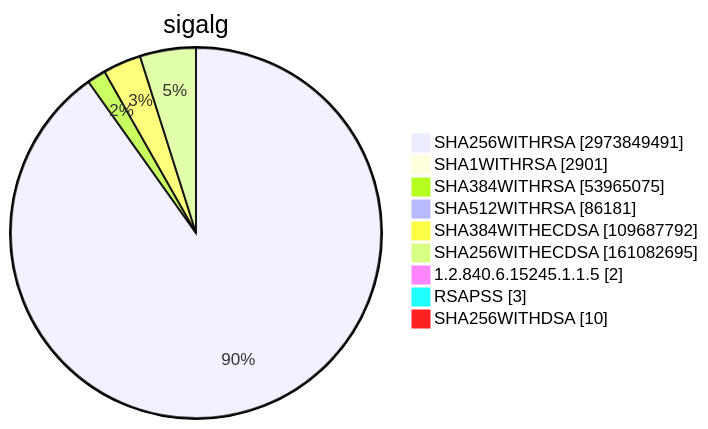
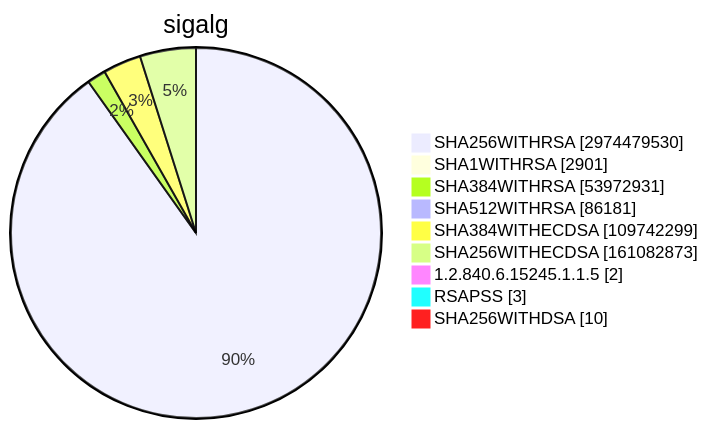
One commit to christiankrug/ctmonitor_visualization changed diagram 15 of 15 in TOTAL/README.md. Above: the diagram before and after it, drawn with Mermaid. The commit also changed other lines of this file, not shown here.

````diff
--- a/TOTAL/README.md
+++ b/TOTAL/README.md
@@ -6208,13 +6208,13 @@
 ```mermaid
 pie showData
 title sigalg
-"SHA256WITHRSA" :2973849491
+"SHA256WITHRSA" :2974479530
 "SHA1WITHRSA" :2901
-"SHA384WITHRSA" :53965075
+"SHA384WITHRSA" :53972931
 "SHA512WITHRSA" :86181
-"SHA384WITHECDSA" :109687792
-"SHA256WITHECDSA" :161082695
+"SHA384WITHECDSA" :109742299
+"SHA256WITHECDSA" :161082873
 "1.2.840.6.15245.1.1.5" :2
 "RSAPSS" :3
 "SHA256WITHDSA" :10
 ```
````
